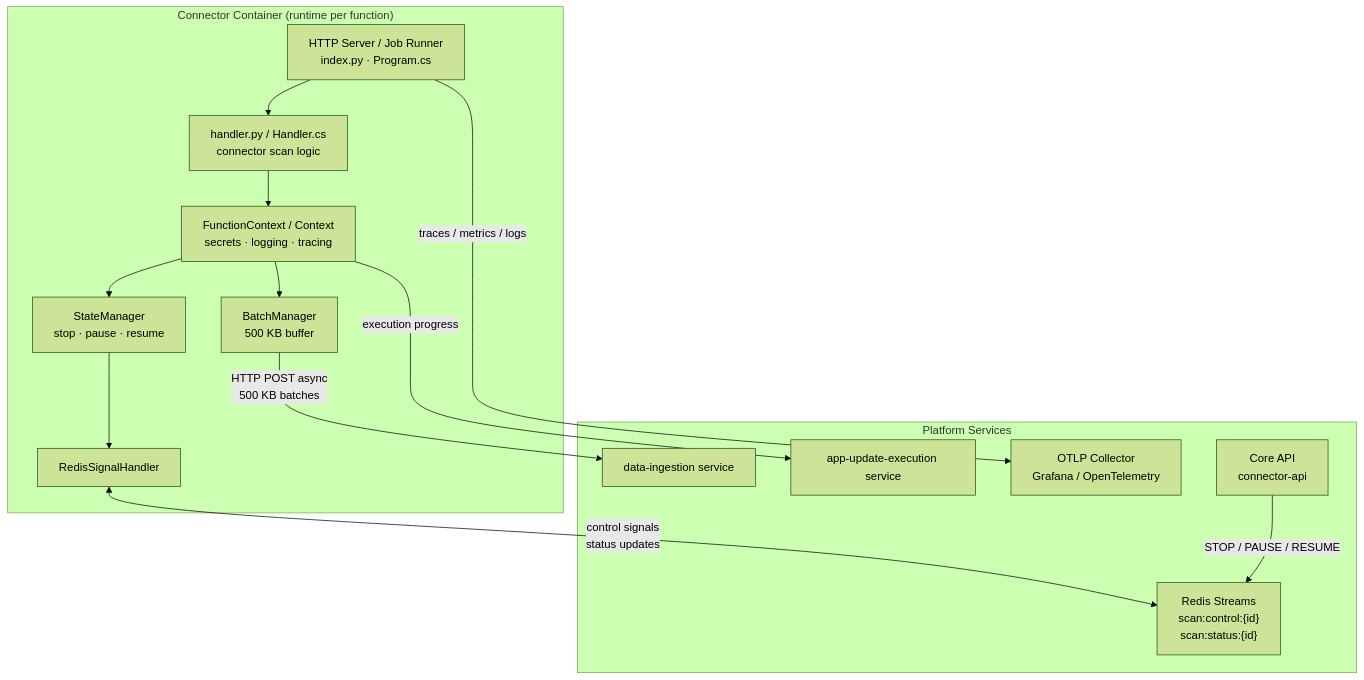
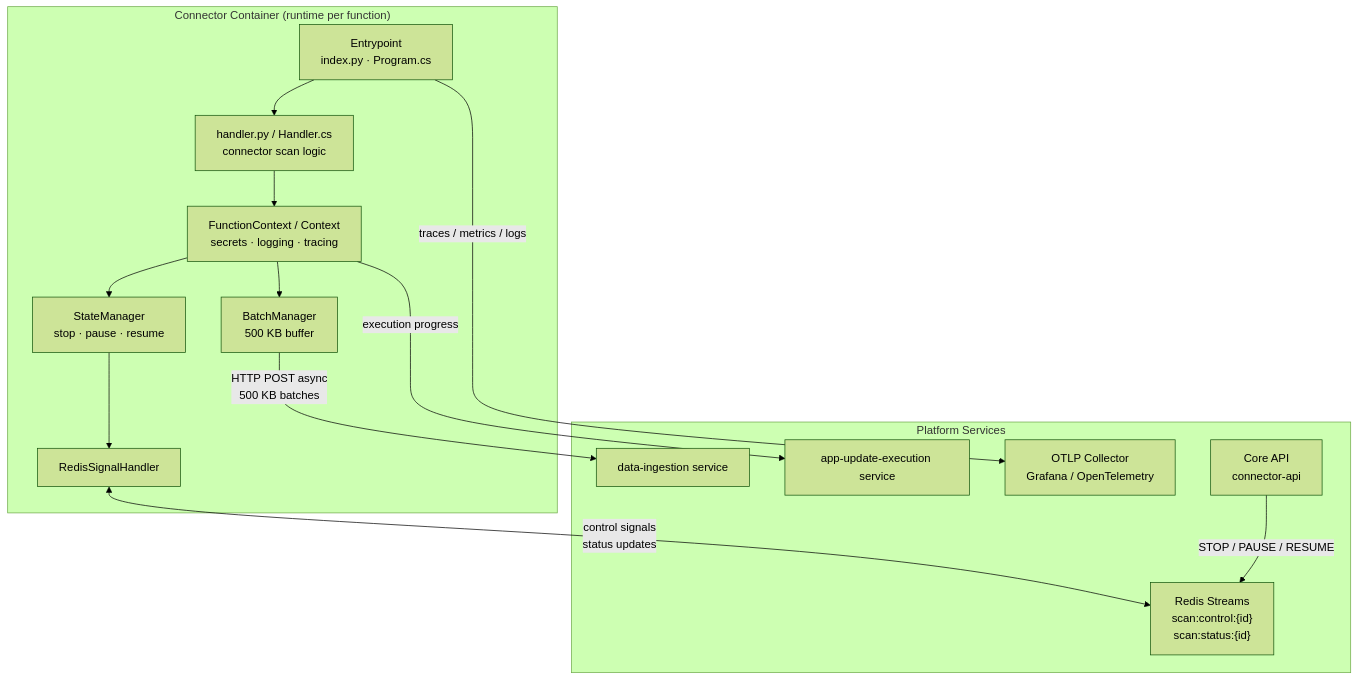
Before and after one commit to netwrix/dspm-connector-templates: the diagram in ARCHITECTURE.md, drawn with Mermaid (forest theme). The commit also changed other lines of this file and 15 other files, not shown here.

````diff
--- a/ARCHITECTURE.md
+++ b/ARCHITECTURE.md
@@ -52,24 +52,24 @@
 ```mermaid
 graph TD
     subgraph "Connector Container (runtime per function)"
-        A[HTTP Server / Job Runner<br/>index.py · Program.cs] --> B[handler.py / Handler.cs<br/>connector scan logic]
+        A[Entrypoint<br/>index.py · Program.cs] --> B[handler.py / Handler.cs<br/>connector scan logic]
         B --> C[FunctionContext / Context<br/>secrets · logging · tracing]
         C --> D[BatchManager<br/>500 KB buffer]
         C --> E[StateManager<br/>stop · pause · resume]
         E --> F[RedisSignalHandler]
     end
 
     subgraph "Platform Services"
         G[data-ingestion service]
         H["Redis Streams<br/>scan:control:#123;id#125;<br/>scan:status:#123;id#125;"]
         I[app-update-execution service]
         J[OTLP Collector<br/>Grafana / OpenTelemetry]
         K[Core API<br/>connector-api]
     end
 
     D -->|"HTTP POST async<br/>500 KB batches"| G
     F <-->|"control signals<br/>status updates"| H
     C -->|"execution progress"| I
     A -->|"traces / metrics / logs"| J
     K -->|"STOP / PAUSE / RESUME"| H
 ```
````
